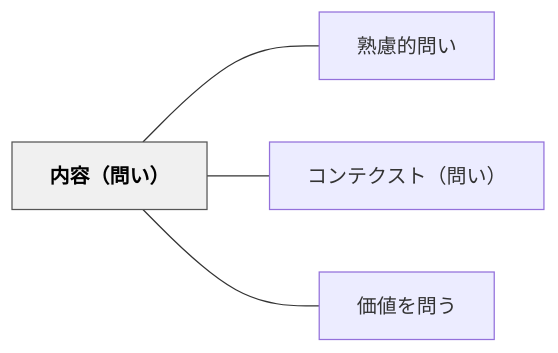
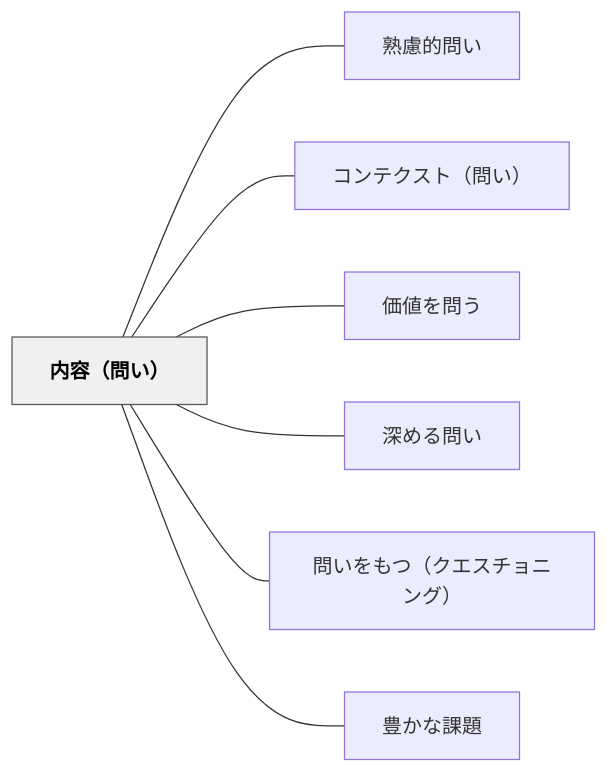
One commit to unknownthings-ed-patterns/unknownthings-ed-patterns changed the diagram in content/パタン/内容（問い）.md. Above: the diagram before and after it, drawn with Mermaid. The commit also changed other lines of this file and 71 other files, not shown here.

````diff
--- a/content/パタン/内容（問い）.md
+++ b/content/パタン/内容（問い）.md
@@ -42,14 +45,20 @@
 ```mermaid
 flowchart LR
     ne58685e5aeb9efbc88e5958fe38184efbc89["内容（問い）"]
     ne7869fe685aee79a84e5958fe38184["熟慮的問い"]
     ne382b3e383b3e38386e382afe382b9e38388efbc88e5958fe38184efbc89["コンテクスト（問い）"]
     ne4bea1e580a4e38292e5958fe38186["価値を問う"]
+    ne6b7b1e38281e3828be5958fe38184["深める問い"]
+    ne5958fe38184e38292e38282e381a4efbc88e382afe382a8e382b9e38381e383a7e3838be383b3e382b0efbc89["問いをもつ（クエスチョニング）"]
+    ne8b18ae3818be381aae8aab2e9a18c["豊かな課題"]
 
     ne58685e5aeb9efbc88e5958fe38184efbc89 --- ne7869fe685aee79a84e5958fe38184
     ne58685e5aeb9efbc88e5958fe38184efbc89 --- ne382b3e383b3e38386e382afe382b9e38388efbc88e5958fe38184efbc89
     ne58685e5aeb9efbc88e5958fe38184efbc89 --- ne4bea1e580a4e38292e5958fe38186
+    ne58685e5aeb9efbc88e5958fe38184efbc89 --- ne6b7b1e38281e3828be5958fe38184
+    ne58685e5aeb9efbc88e5958fe38184efbc89 --- ne5958fe38184e38292e38282e381a4efbc88e382afe382a8e382b9e38381e383a7e3838be383b3e382b0efbc89
+    ne58685e5aeb9efbc88e5958fe38184efbc89 --- ne8b18ae3818be381aae8aab2e9a18c
 
     classDef hub fill:#f0f0f0,stroke:#555,color:#000,font-weight:bold
     class ne58685e5aeb9efbc88e5958fe38184efbc89 hub
 ```
````
